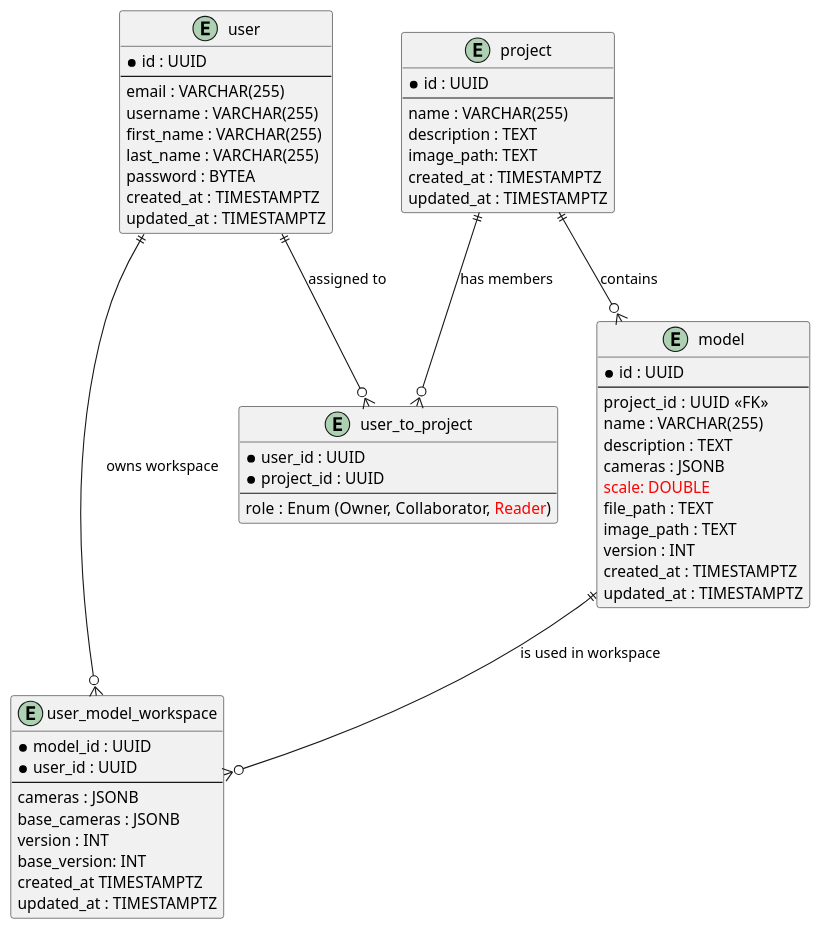
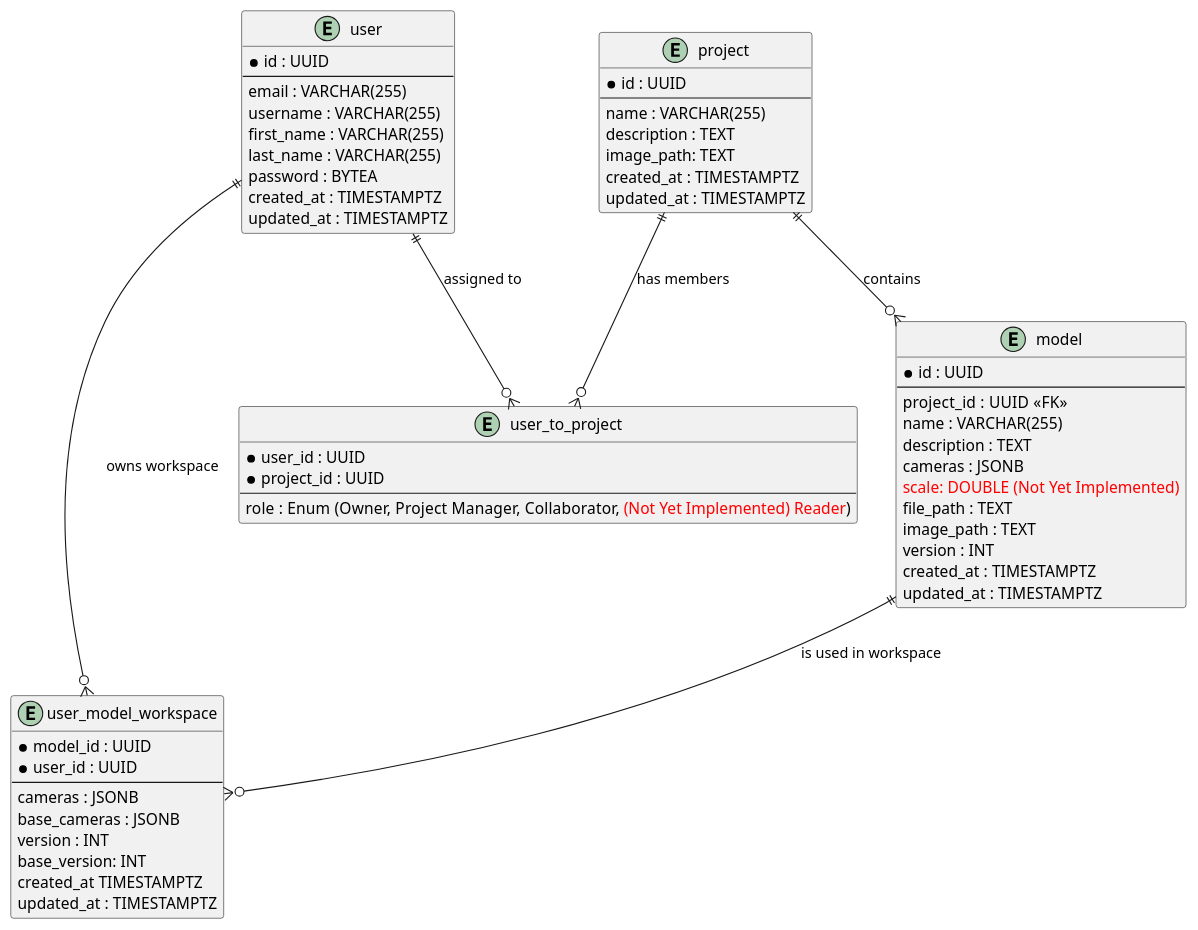
The diagram in docs/diagrams/physical_er.puml (Ministry-of-Learning-of-Jura-Kites/OmniCam), drawn with PlantUML before and after one commit. The commit also changed 6 other files, not shown here.

Commit message:
Add 'Not Yet Implemented' to diagrams

```diff
--- a/docs/diagrams/physical_er.puml
+++ b/docs/diagrams/physical_er.puml
@@ -1,66 +1,66 @@
 @startuml OmniCam Physical Entity Relationship Diagram
 
 entity "user" as user {
   *id : UUID
   --
   email : VARCHAR(255)
   username : VARCHAR(255)
   first_name : VARCHAR(255)
   last_name : VARCHAR(255)
   password : BYTEA
   created_at : TIMESTAMPTZ
   updated_at : TIMESTAMPTZ
 }
 
 entity "project" as project {
   *id : UUID
   --
   name : VARCHAR(255)
   description : TEXT
   image_path: TEXT
   created_at : TIMESTAMPTZ
   updated_at : TIMESTAMPTZ
 }
 
 entity "model" as model {
   *id : UUID
   --
   project_id : UUID  <<FK>>
   name : VARCHAR(255)
   description : TEXT
   cameras : JSONB
-  <color:red>scale: DOUBLE</color>
+  <color:red>scale: DOUBLE (Not Yet Implemented)</color>
   file_path : TEXT
   image_path : TEXT
   version : INT
   created_at : TIMESTAMPTZ
   updated_at : TIMESTAMPTZ
 }
 
 entity "user_model_workspace" as user_model_workspace {
   *model_id : UUID
   *user_id : UUID
   --
   cameras : JSONB
   base_cameras : JSONB
   version : INT
   base_version: INT
   created_at TIMESTAMPTZ
   updated_at : TIMESTAMPTZ
 }
 
 entity "user_to_project" as user_to_project {
   *user_id : UUID
   *project_id : UUID
   --
-  role : Enum (Owner, Collaborator, <color:red>Reader</color>)
+  role : Enum (Owner, Project Manager, Collaborator, <color:red>(Not Yet Implemented) Reader</color>)
 }
 
 ' Relationships
 user ||--o{ user_to_project : "assigned to"
 project ||--o{ user_to_project : "has members"
 
 project ||--o{ model : "contains"
 user ||--o{ user_model_workspace : "owns workspace"
 model ||--o{ user_model_workspace : "is used in workspace"
 @enduml
```
